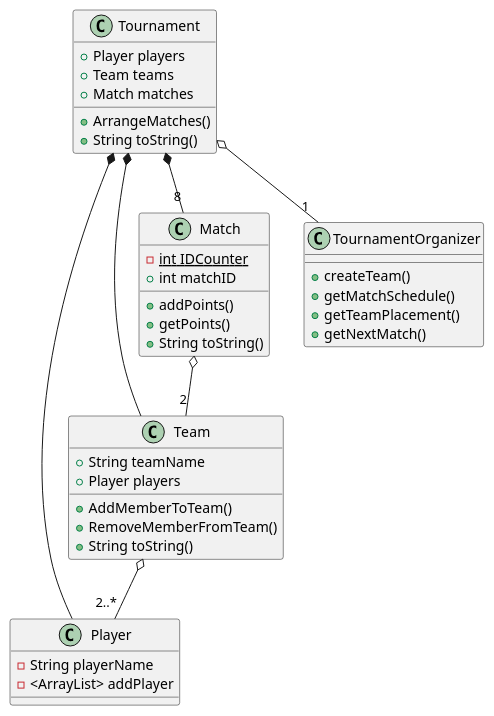
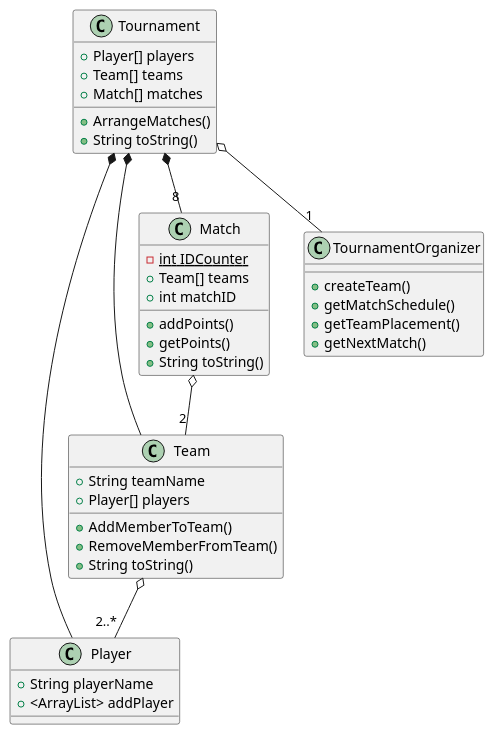
One commit to DeRp-DaWg/SP3 changed the diagram in doc/Class.puml. Above: the diagram before and after it, drawn with PlantUML.

Commit message:
Documentation

```diff
--- a/doc/Class.puml
+++ b/doc/Class.puml
@@ -1,47 +1,48 @@
 @startuml
 'https://plantuml.com/class-diagram
 
 class Player {
--String playerName
--<ArrayList> addPlayer
++String playerName
++<ArrayList> addPlayer
 }
 
 class Team {
 +String teamName
-+Player players
++Player[] players
 +AddMemberToTeam()
 +RemoveMemberFromTeam()
 +String toString()
 }
 
 class Match{
 -int {static} IDCounter
++Team[] teams
 +int matchID
 +addPoints()
 +getPoints()
 +String toString()
 }
 
 class Tournament {
-+Player players
-+Team teams
-+Match matches
++Player[] players
++Team[] teams
++Match[] matches
 +ArrangeMatches()
 +String toString()
 }
 
 class TournamentOrganizer {
 +createTeam()
 +getMatchSchedule()
 +getTeamPlacement()
 +getNextMatch()
 }
 
 Tournament o-- "1" TournamentOrganizer
 Tournament *-- "8" Match
 Tournament *-- Player
 Tournament *-- Team
 Match o-- "2" Team
 Team o-- "2..*" Player
 
 @enduml
```
